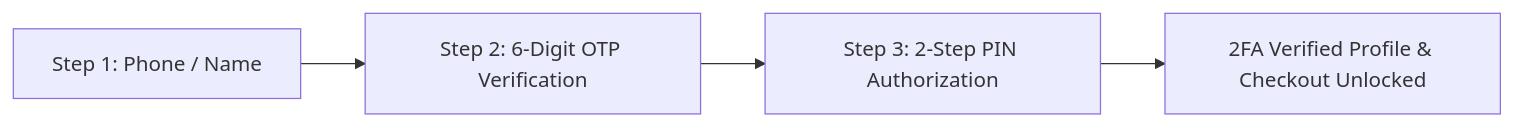
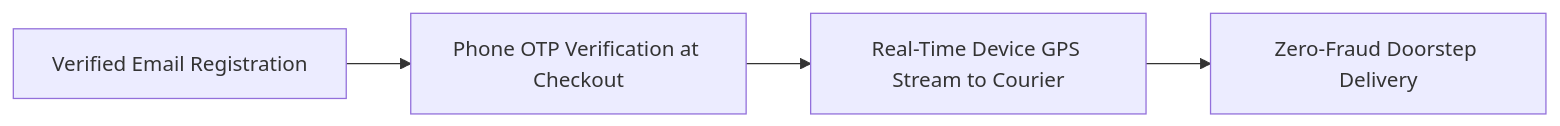
Before and after one commit to mohit809/foodRo: the diagram in README.md, drawn with Mermaid. The commit also changed other lines of this file and 6 other files, not shown here.

Commit message:
Add strict email registration verification, phone order verification, real-time device GPS sharing, and partner portal map with govt licenses

````diff
--- a/README.md
+++ b/README.md
@@ -90,6 +90,6 @@
 ```mermaid
 graph LR
-  A[Step 1: Phone / Name] --> B[Step 2: 6-Digit OTP Verification]
-  B --> C[Step 3: 2-Step PIN Authorization]
-  C --> D[2FA Verified Profile & Checkout Unlocked]
+  A[Verified Email Registration] --> B[Phone OTP Verification at Checkout]
+  B --> C[Real-Time Device GPS Stream to Courier]
+  C --> D[Zero-Fraud Doorstep Delivery]
 ```
````
